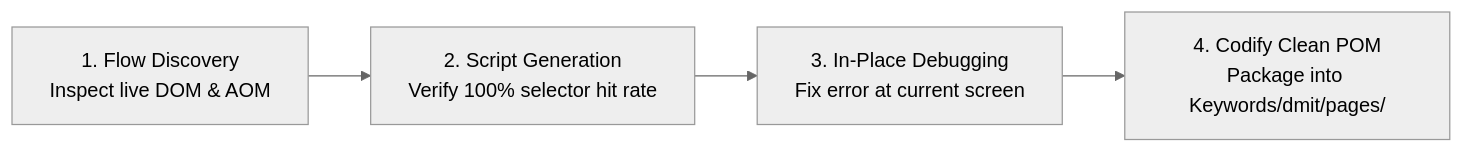
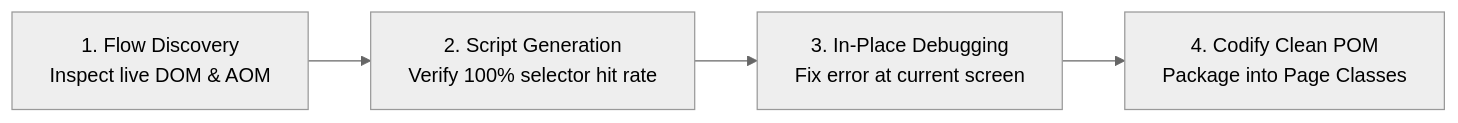
One commit to TeeVee98/Synapse-Hub changed the diagram in .agents/skills/playwright-live-interaction/SKILL.md. Above: the diagram before and after it, drawn with Mermaid (neutral theme). The commit also changed other lines of this file and 15 other files, not shown here.

````diff
--- a/.agents/skills/playwright-live-interaction/SKILL.md
+++ b/.agents/skills/playwright-live-interaction/SKILL.md
@@ -45,6 +43,6 @@
 ```mermaid
 flowchart LR
     A["1. Flow Discovery<br/>Inspect live DOM & AOM"] --> B["2. Script Generation<br/>Verify 100% selector hit rate"]
     B --> C["3. In-Place Debugging<br/>Fix error at current screen"]
-    C --> D["4. Codify Clean POM<br/>Package into Keywords/dmit/pages/"]
+    C --> D["4. Codify Clean POM<br/>Package into Page Classes"]
 ```
````
